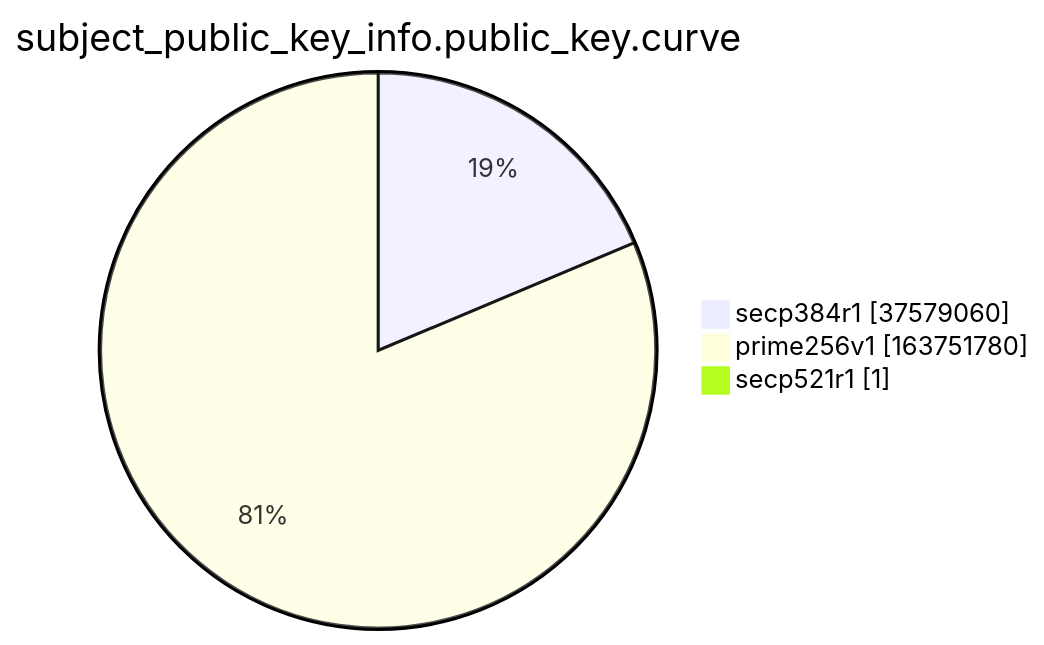
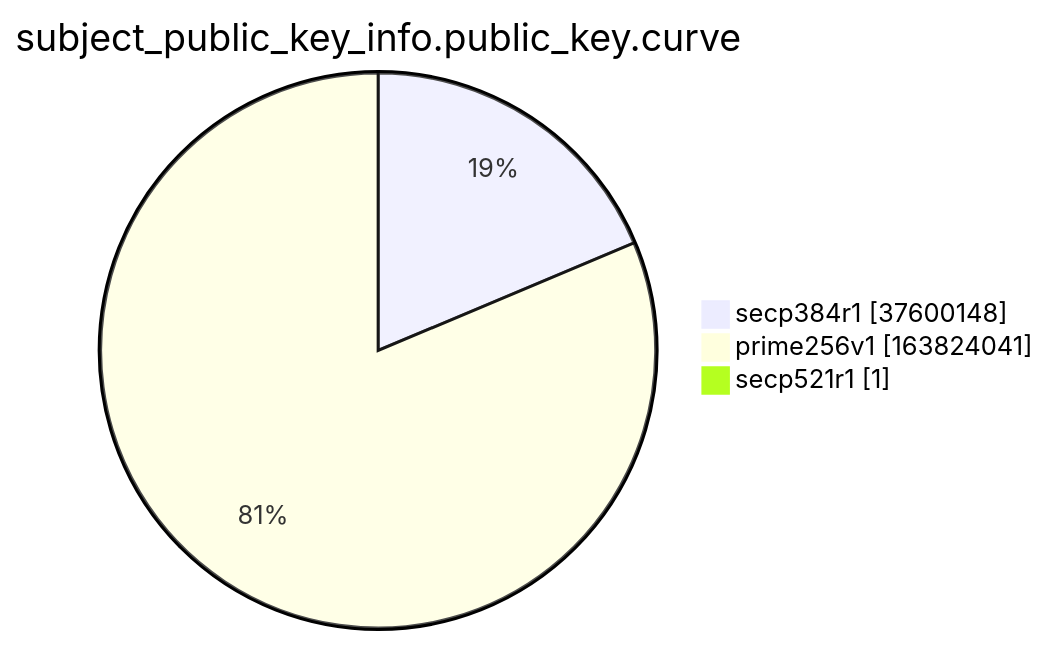
The ninth of 15 diagrams in argon2022/README.md (christiankrug/ctmonitor_visualization), drawn with Mermaid before and after one commit. The commit also changed other lines of this file, not shown here.

````diff
--- a/argon2022/README.md
+++ b/argon2022/README.md
@@ -2766,7 +2766,7 @@
 ```mermaid
 pie showData
 title subject_public_key_info.public_key.curve
-"secp384r1" :37579060
-"prime256v1" :163751780
+"secp384r1" :37600148
+"prime256v1" :163824041
 "secp521r1" :1
 ```
````
